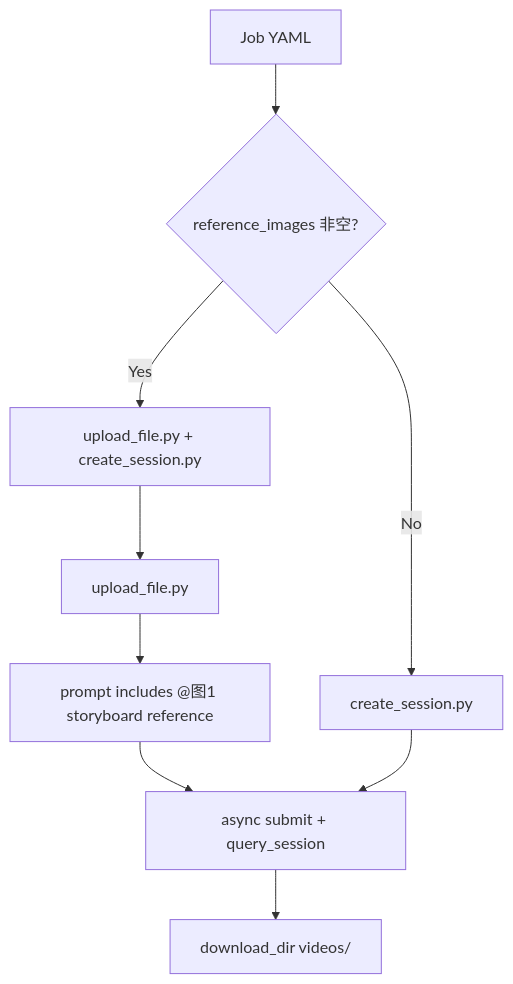
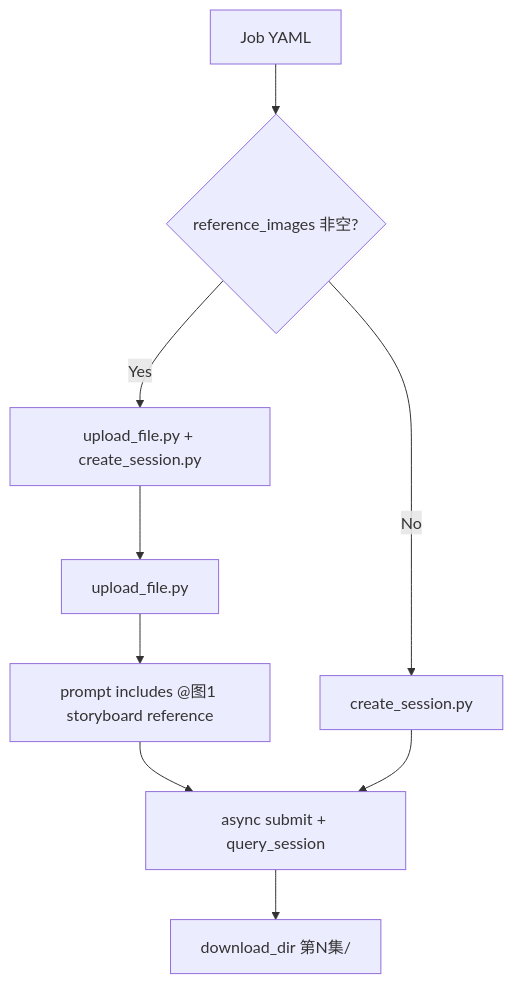
One commit to ZEN-VOID/AI-CUT changed the second of 3 diagrams in .agents/skills/aigc/7-视频/B-分镜故事板参照/SKILL.md. Above: the diagram before and after it, drawn with Mermaid. The commit also changed other lines of this file and 61 other files, not shown here.

````diff
--- a/.agents/skills/aigc/7-视频/B-分镜故事板参照/SKILL.md
+++ b/.agents/skills/aigc/7-视频/B-分镜故事板参照/SKILL.md
@@ -123,11 +125,11 @@
 ```mermaid
 flowchart TD
     A["Job YAML"] --> B{"reference_images 非空?"}
     B -->|"Yes"| C["upload_file.py + create_session.py"]
     C --> D["upload_file.py <storyboard_path>"]
     D --> E["prompt includes @图1 storyboard reference"]
     B -->|"No"| F["create_session.py"]
     E --> G["async submit + query_session"]
     F --> G
-    G --> H["download_dir videos/"]
+    G --> H["download_dir 第N集/"]
 ```
````
